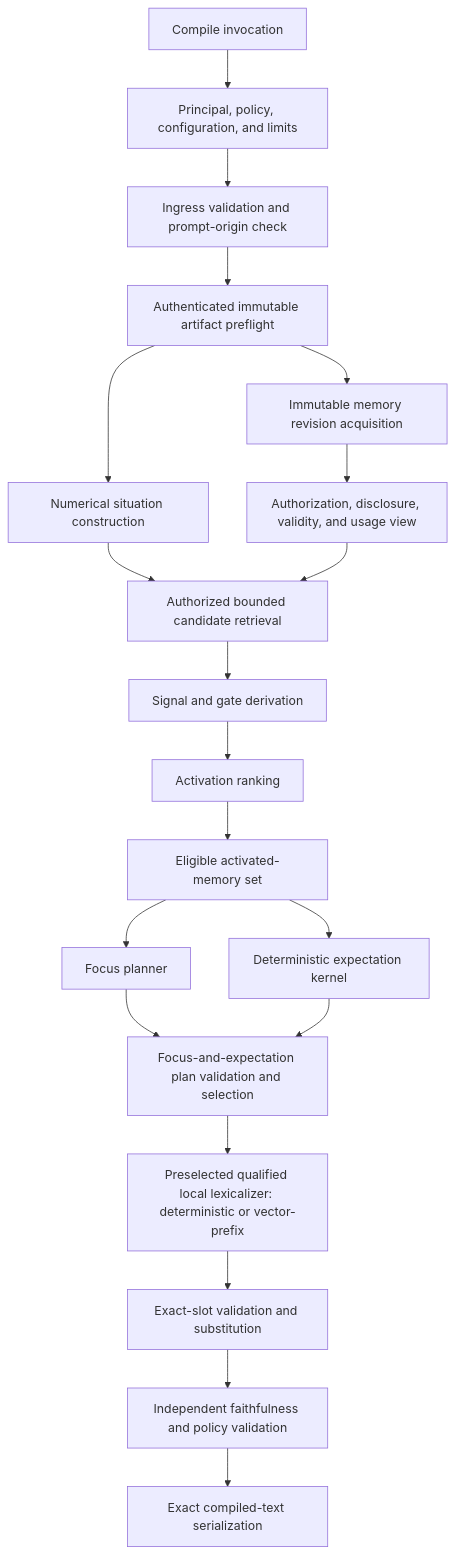
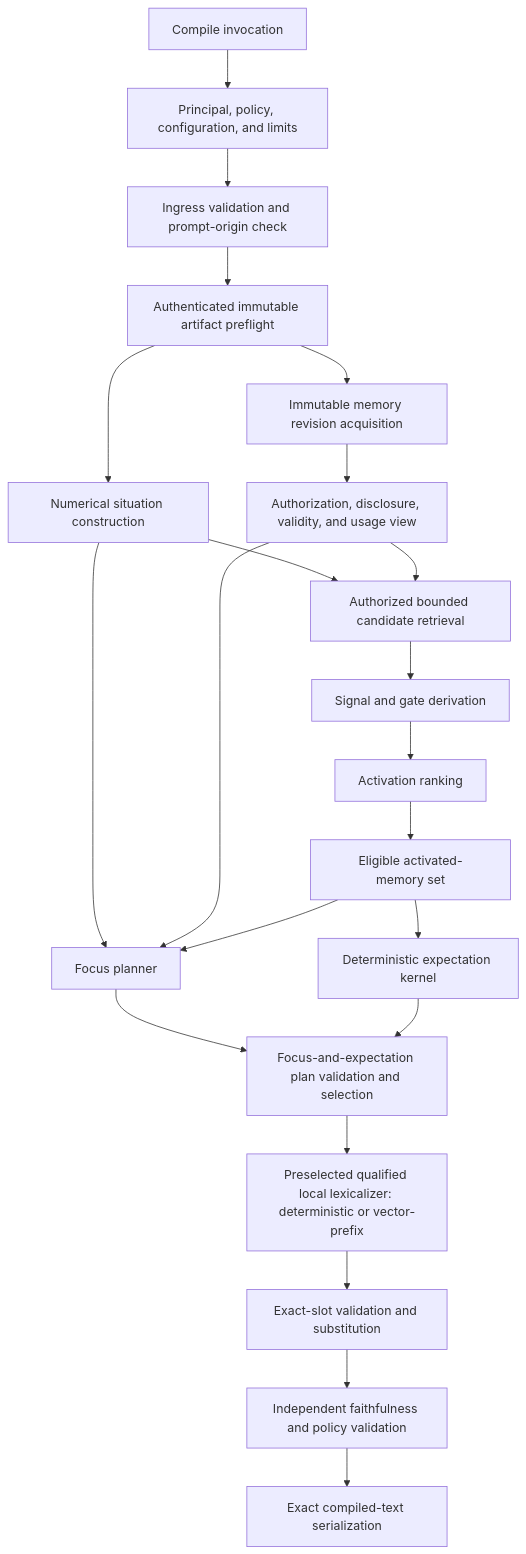
The first of 8 diagrams in docs/specifications/v1-reference-architecture.md (Lamentis-operating-systems/nemosyne), drawn with Mermaid before and after one commit. The commit also changed other lines of this file and 5 other files, not shown here.

Commit message:
Resolve V1 architecture review findings

````diff
--- a/docs/specifications/v1-reference-architecture.md
+++ b/docs/specifications/v1-reference-architecture.md
@@ -51,22 +51,24 @@
 ```mermaid
 flowchart TD
     I["Compile invocation"] --> C["Principal, policy, configuration, and limits"]
     C --> V["Ingress validation and prompt-origin check"]
     V --> A["Authenticated immutable artifact preflight"]
     A --> Q["Numerical situation construction"]
     A --> M["Immutable memory revision acquisition"]
     M --> P["Authorization, disclosure, validity, and usage view"]
     Q --> R["Authorized bounded candidate retrieval"]
     P --> R
     R --> D["Signal and gate derivation"]
     D --> K["Activation ranking"]
     K --> S["Eligible activated-memory set"]
+    Q --> F["Focus planner"]
+    P --> F
     S --> F["Focus planner"]
     S --> E["Deterministic expectation kernel"]
     F --> J["Focus-and-expectation plan validation and selection"]
     E --> J
     J --> L["Preselected qualified local lexicalizer: deterministic or vector-prefix"]
     L --> Z["Exact-slot validation and substitution"]
     Z --> H["Independent faithfulness and policy validation"]
     H --> O["Exact compiled-text serialization"]
 ```
````
